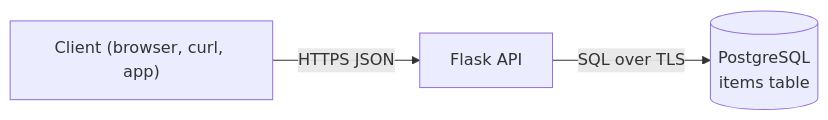
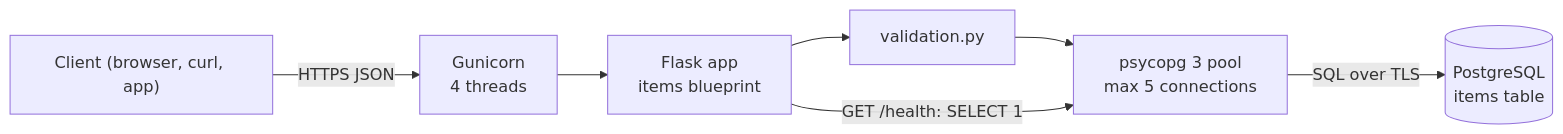
The diagram in starters/crud-api-flask/README.md (light-cloud-com/templates), drawn with Mermaid before and after one commit. The commit also changed other lines of this file and 2 other files, not shown here.

First line of the commit message:
README: Flask PostgreSQL CRUD API starter landing page

````diff
--- a/starters/crud-api-flask/README.md
+++ b/starters/crud-api-flask/README.md
@@ -9,5 +129,9 @@
 ```mermaid
 flowchart LR
-    client["Client (browser, curl, app)"] -->|HTTPS JSON| api["Flask API"]
-    api -->|SQL over TLS| db[("PostgreSQL<br/>items table")]
+    client["Client (browser, curl, app)"] -->|HTTPS JSON| gunicorn["Gunicorn<br/>4 threads"]
+    gunicorn --> app["Flask app<br/>items blueprint"]
+    app --> validate["validation.py"]
+    validate --> pool["psycopg 3 pool<br/>max 5 connections"]
+    pool -->|SQL over TLS| db[("PostgreSQL<br/>items table")]
+    app -->|"GET /health: SELECT 1"| pool
 ```
````
